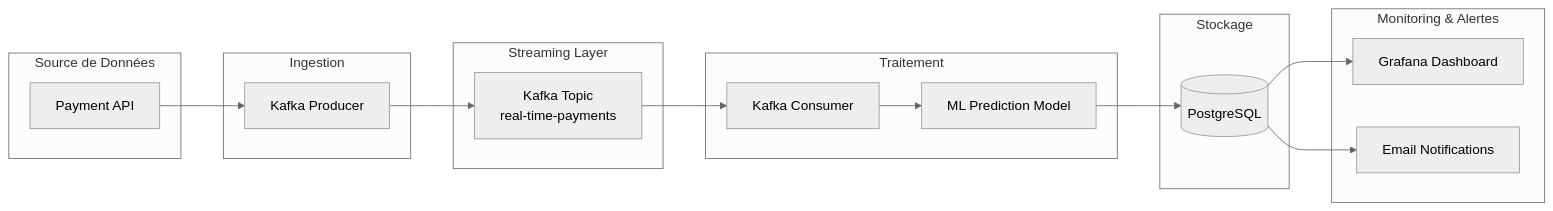
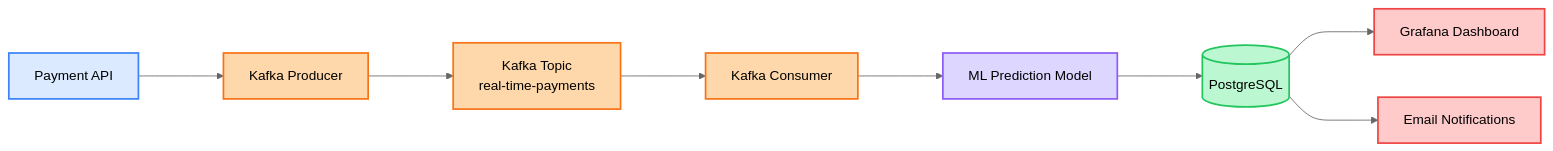
One commit to jefraudai/jefraudai changed the fourth of 11 diagrams in Services/slidev/slides.md. Above: the diagram before and after it, drawn with Mermaid (neutral theme). The commit also changed other lines of this file and 14 other files, not shown here.

````diff
--- a/Services/slidev/slides.md
+++ b/Services/slidev/slides.md
@@ -119,36 +321,15 @@
 ```mermaid
 flowchart LR
-    subgraph Source["Source de Données"]
-        API[Payment API]
-    end
-    
-    subgraph Ingestion["Ingestion"]
-        Producer[Kafka Producer]
-    end
-    
-    subgraph Streaming["Streaming Layer"]
-        Topic[Kafka Topic<br/>real-time-payments]
-    end
-    
-    subgraph Processing["Traitement"]
-        Consumer[Kafka Consumer]
-        ML[ML Prediction Model]
-    end
-    
-    subgraph Storage["Stockage"]
-        DB[(PostgreSQL)]
-    end
-    
-    subgraph Monitoring["Monitoring & Alertes"]
-        Grafana[Grafana Dashboard]
-        Email[Email Notifications]
-    end
-    
-    API --> Producer
-    Producer --> Topic
-    Topic --> Consumer
-    Consumer --> ML
-    ML --> DB
-    DB --> Grafana
-    DB --> Email
+    API[Payment API] ---> Producer[Kafka Producer] ---> Topic[Kafka Topic<br/>real-time-payments] ---> Consumer[Kafka Consumer] ---> ML[ML Prediction Model] ---> DB[(PostgreSQL)]
+    DB ---> Grafana[Grafana Dashboard]
+    DB ---> Email[Email Notifications]
+
+    style API fill:#dbeafe,stroke:#3b82f6,stroke-width:2px
+    style Producer fill:#fed7aa,stroke:#f97316,stroke-width:2px
+    style Topic fill:#fed7aa,stroke:#f97316,stroke-width:2px
+    style Consumer fill:#fed7aa,stroke:#f97316,stroke-width:2px
+    style ML fill:#ddd6fe,stroke:#8b5cf6,stroke-width:2px
+    style DB fill:#bbf7d0,stroke:#22c55e,stroke-width:2px
+    style Grafana fill:#fecaca,stroke:#ef4444,stroke-width:2px
+    style Email fill:#fecaca,stroke:#ef4444,stroke-width:2px
 ```
````
